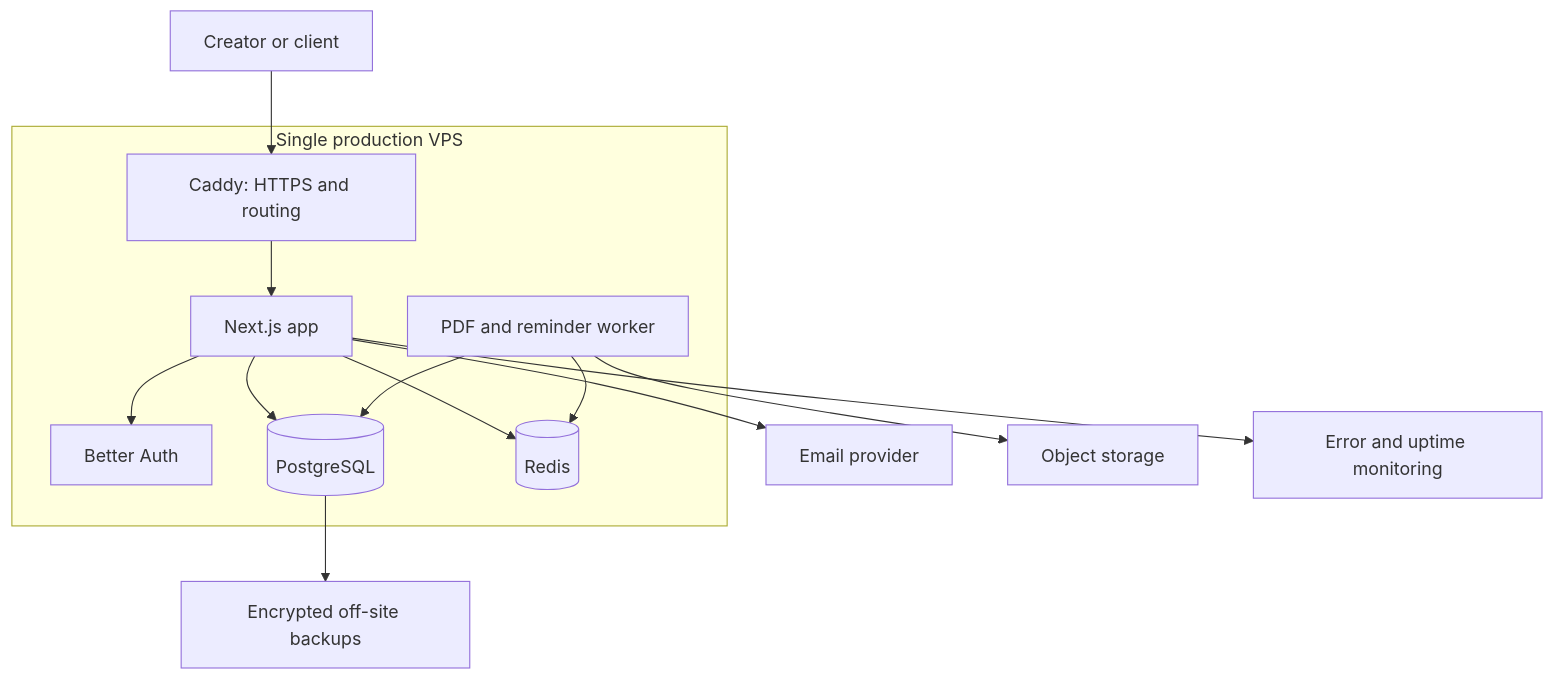
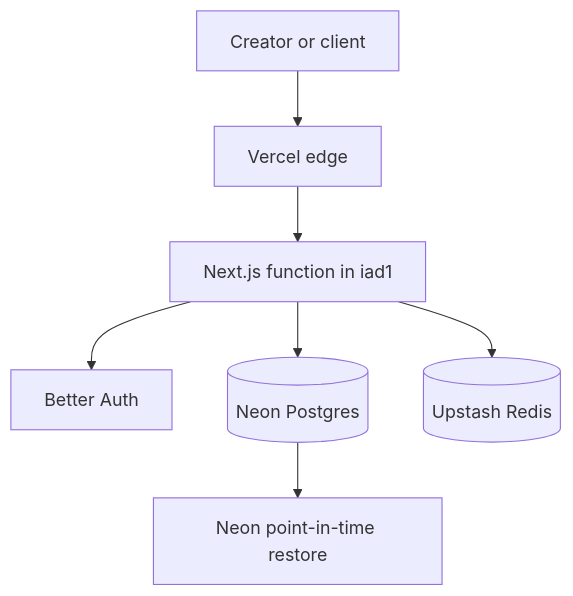
The diagram in docs/solution.md (JonasFocus/Cue), drawn with Mermaid before and after one commit. The commit also changed other lines of this file and 32 other files, not shown here.

Commit message:
refactor: align Cue application flows and supporting components

````diff
--- a/docs/solution.md
+++ b/docs/solution.md
@@ -113,16 +113,9 @@
 ```mermaid
 flowchart TB
-  User[Creator or client] --> Proxy[Caddy: HTTPS and routing]
-  subgraph VPS[Single production VPS]
-    Proxy --> App[Next.js app]
-    App --> Auth[Better Auth]
-    App --> DB[(PostgreSQL)]
-    App --> Redis[(Redis)]
-    Worker[PDF and reminder worker] --> Redis
-    Worker --> DB
-  end
-  App --> Email[Email provider]
-  Worker --> Storage[Object storage]
-  DB --> Backup[Encrypted off-site backups]
-  App --> Monitoring[Error and uptime monitoring]
+  User[Creator or client] --> Edge[Vercel edge]
+  Edge --> App[Next.js function in iad1]
+  App --> Auth[Better Auth]
+  App --> DB[(Neon Postgres)]
+  App --> Redis[(Upstash Redis)]
+  DB --> PITR[Neon point-in-time restore]
 ```
````
